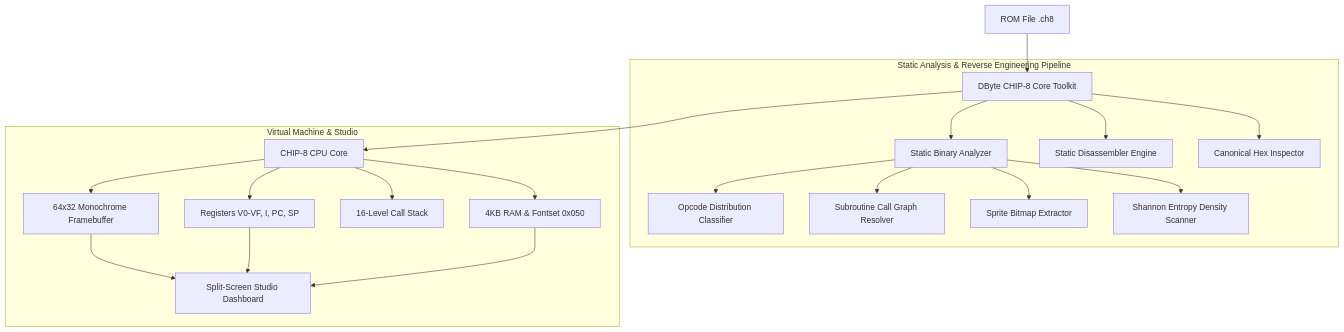
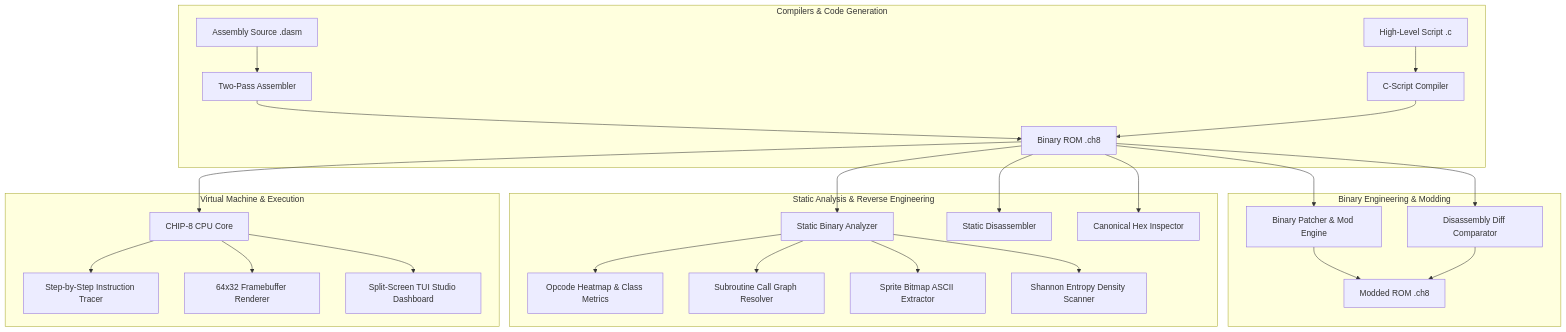
The diagram in README.md (redcubessockers/dbyte-chip8-emulator), drawn with Mermaid before and after one commit. The commit also changed other lines of this file and 4 other files, not shown here.

````diff
--- a/README.md
+++ b/README.md
@@ -45,26 +35,33 @@
 ```mermaid
 graph TD
-    A[ROM File .ch8] --> B[DByte CHIP-8 Core Toolkit]
-
-    subgraph "Static Analysis & Reverse Engineering Pipeline"
-        B --> C[Static Binary Analyzer]
-        C --> D[Opcode Distribution Classifier]
-        C --> E[Subroutine Call Graph Resolver]
-        C --> F[Sprite Bitmap Extractor]
-        C --> G[Shannon Entropy Density Scanner]
-        B --> H[Static Disassembler Engine]
-        B --> I[Canonical Hex Inspector]
+    subgraph "Compilers & Code Generation"
+        A[Assembly Source .dasm] --> B[Two-Pass Assembler]
+        C[High-Level Script .c] --> D[C-Script Compiler]
+        B --> E[Binary ROM .ch8]
+        D --> E
     end
 
-    subgraph "Virtual Machine & Studio"
-        B --> J[CHIP-8 CPU Core]
-        J --> K[4KB RAM & Fontset 0x050]
-        J --> L[Registers V0-VF, I, PC, SP]
-        J --> M[16-Level Call Stack]
-        J --> N[64x32 Monochrome Framebuffer]
-        
-        N --> O[Split-Screen Studio Dashboard]
-        L --> O
-        K --> O
+    subgraph "Binary Engineering & Modding"
+        E --> F[Binary Patcher & Mod Engine]
+        E --> G[Disassembly Diff Comparator]
+        F --> H[Modded ROM .ch8]
+        G --> H
+    end
+
+    subgraph "Static Analysis & Reverse Engineering"
+        E --> I[Static Binary Analyzer]
+        I --> J[Opcode Heatmap & Class Metrics]
+        I --> K[Subroutine Call Graph Resolver]
+        I --> L[Sprite Bitmap ASCII Extractor]
+        I --> M[Shannon Entropy Density Scanner]
+        E --> N[Static Disassembler]
+        E --> O[Canonical Hex Inspector]
+    end
+
+    subgraph "Virtual Machine & Execution"
+        E --> P[CHIP-8 CPU Core]
+        P --> Q[Step-by-Step Instruction Tracer]
+        P --> R[64x32 Framebuffer Renderer]
+        P --> S[Split-Screen TUI Studio Dashboard]
     end
 ```
````
